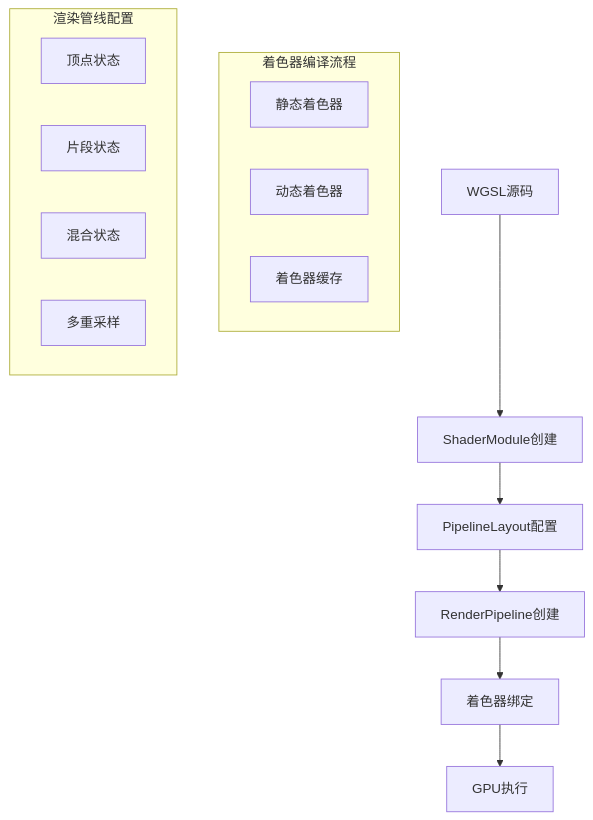
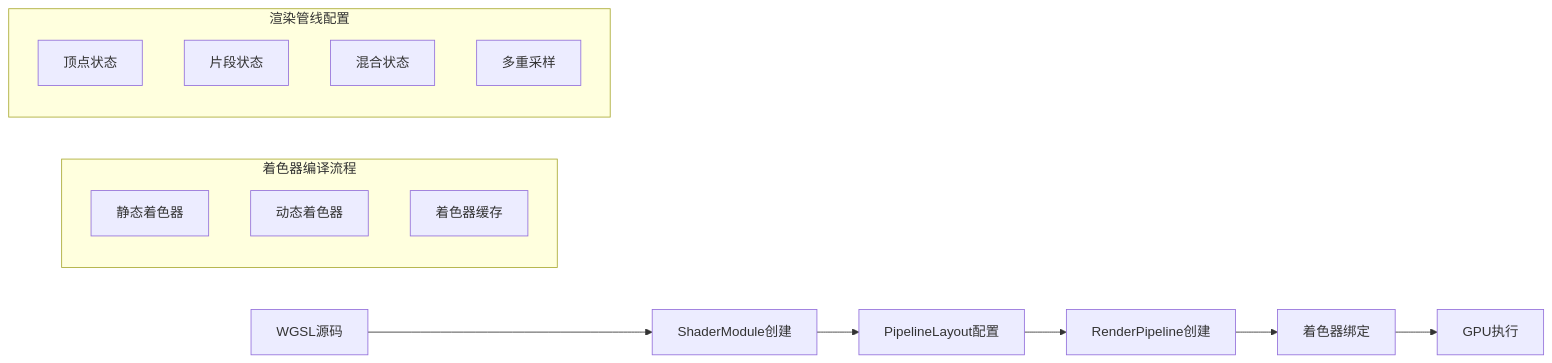
Diagram 21 of 44 in .qoder/repowiki/zh/content/技术架构详解/WebGPU渲染引擎/WebGPU渲染引擎.md (itszzl-sudo/iris), drawn with Mermaid before and after one commit. The commit also changed other lines of this file and 4 other files, not shown here.

````diff
--- a/.qoder/repowiki/zh/content/技术架构详解/WebGPU渲染引擎/WebGPU渲染引擎.md
+++ b/.qoder/repowiki/zh/content/技术架构详解/WebGPU渲染引擎/WebGPU渲染引擎.md
@@ -597,19 +675,19 @@
 ```mermaid
-flowchart TD
+flowchart LR
 A[WGSL源码] --> B[ShaderModule创建]
 B --> C[PipelineLayout配置]
 C --> D[RenderPipeline创建]
 D --> E[着色器绑定]
 E --> F[GPU执行]
 subgraph "着色器编译流程"
 A1[静态着色器]
 A2[动态着色器]
 A3[着色器缓存]
 end
 subgraph "渲染管线配置"
 B1[顶点状态]
 B2[片段状态]
 B3[混合状态]
 B4[多重采样]
 end
 ```
````
